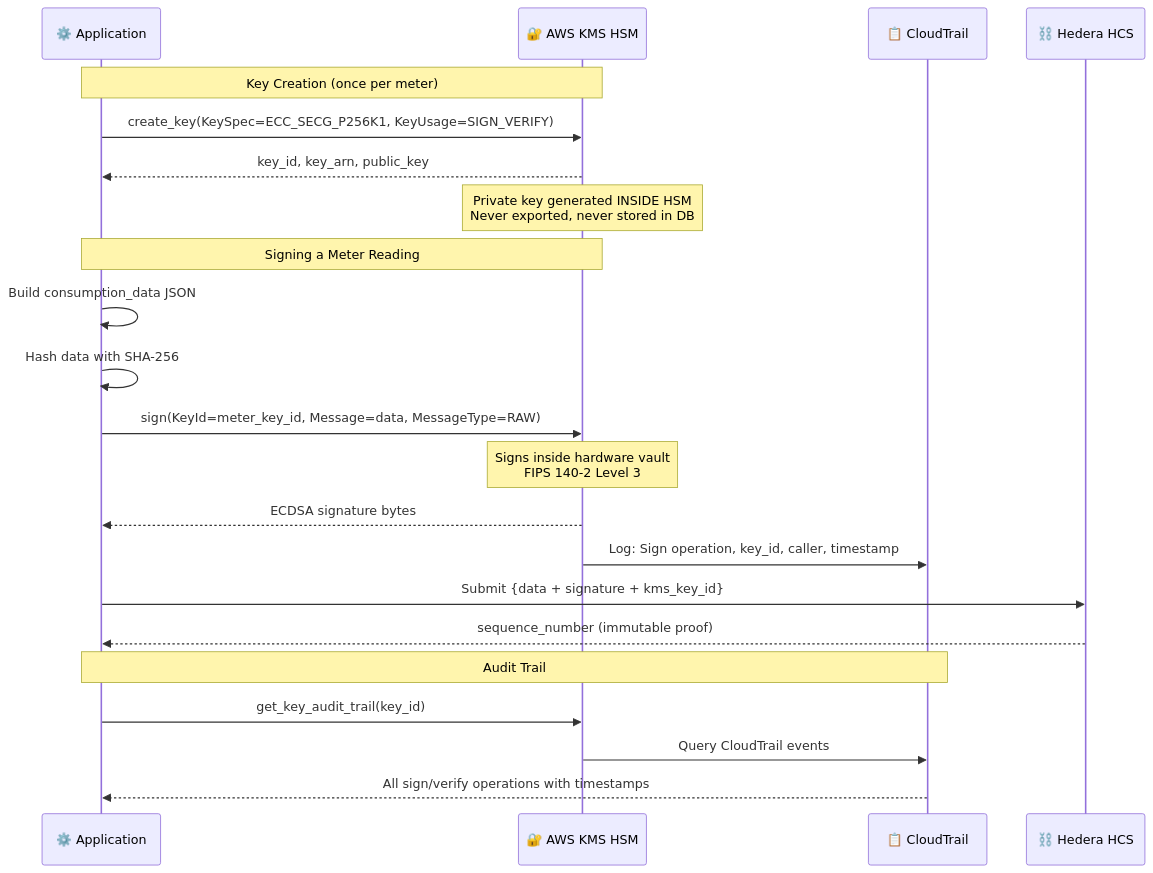
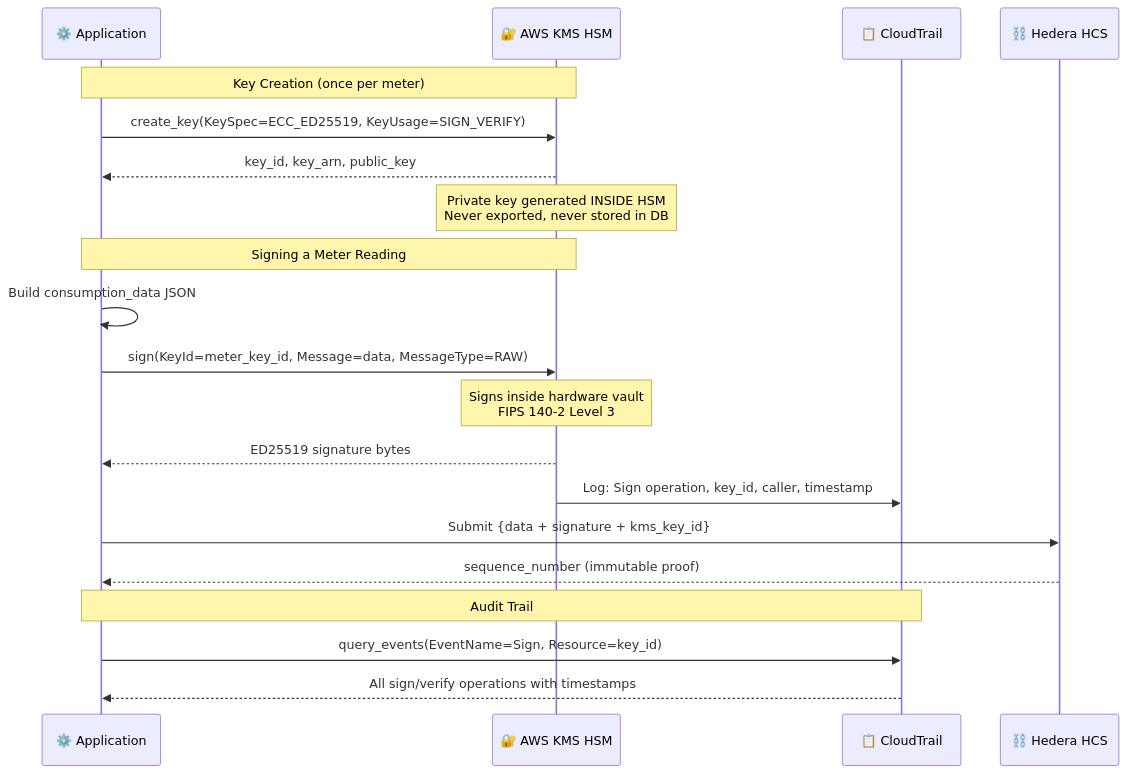
One commit to De-real-iManuel/Hedera-Flow changed the fourth of 9 diagrams in docs/ARCHITECTURE.md. Above: the diagram before and after it, drawn with Mermaid. The commit also changed other lines of this file, not shown here.

First line of the commit message:
Revise system architecture and verification flows

````diff
--- a/docs/ARCHITECTURE.md
+++ b/docs/ARCHITECTURE.md
@@ -113,28 +163,27 @@
 ```mermaid
 sequenceDiagram
     participant App as ⚙️ Application
     participant KMS as 🔐 AWS KMS HSM
     participant CT as 📋 CloudTrail
     participant HCS as ⛓️ Hedera HCS
 
     Note over App,KMS: Key Creation (once per meter)
-    App->>KMS: create_key(KeySpec=ECC_SECG_P256K1, KeyUsage=SIGN_VERIFY)
+    App->>KMS: create_key(KeySpec=ECC_ED25519, KeyUsage=SIGN_VERIFY)
     KMS-->>App: key_id, key_arn, public_key
     Note over KMS: Private key generated INSIDE HSM<br/>Never exported, never stored in DB
 
     Note over App,KMS: Signing a Meter Reading
     App->>App: Build consumption_data JSON
-    App->>App: Hash data with SHA-256
     App->>KMS: sign(KeyId=meter_key_id, Message=data, MessageType=RAW)
     Note over KMS: Signs inside hardware vault<br/>FIPS 140-2 Level 3
-    KMS-->>App: ECDSA signature bytes
+    KMS-->>App: ED25519 signature bytes
     KMS->>CT: Log: Sign operation, key_id, caller, timestamp
 
     App->>HCS: Submit {data + signature + kms_key_id}
     HCS-->>App: sequence_number (immutable proof)
 
     Note over App,CT: Audit Trail
-    App->>KMS: get_key_audit_trail(key_id)
-    KMS->>CT: Query CloudTrail events
+    App->>CT: query_events(EventName=Sign, Resource=key_id)
     CT-->>App: All sign/verify operations with timestamps
+
 ```
````
